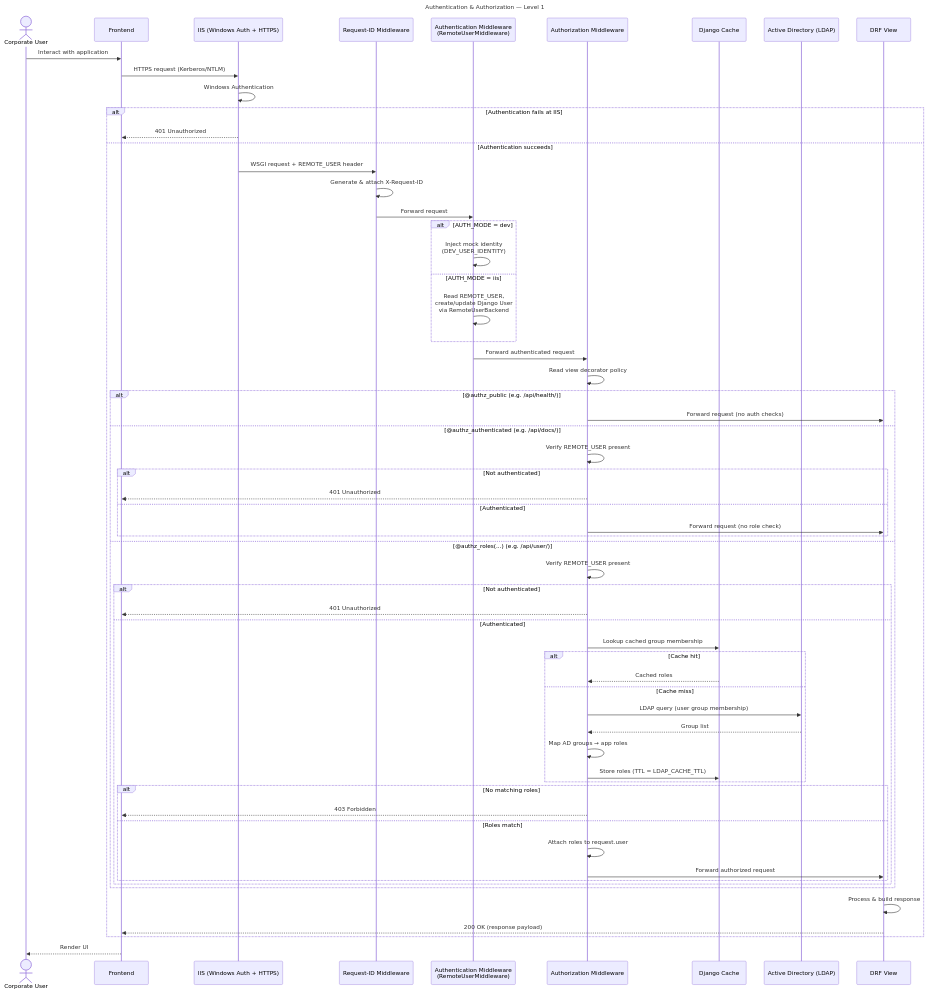
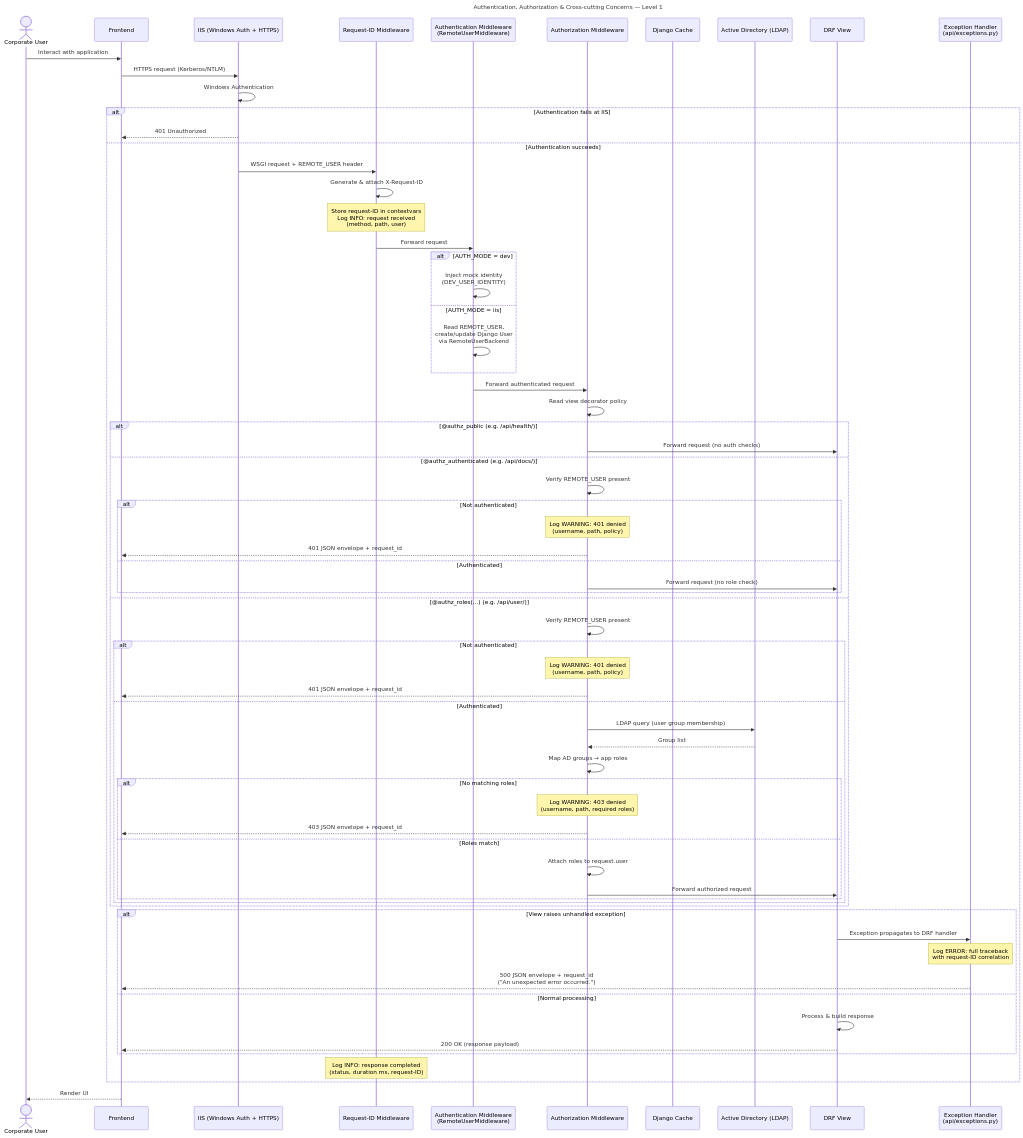
Before and after one commit to LewisCM14/django_auth: the fourth of 4 diagrams in docs/spec.md, drawn with Mermaid. The commit also changed other lines of this file and 6 other files, not shown here.

Commit message:
remove ldap cache, plan logging exception/error and cache setup

````diff
--- a/docs/spec.md
+++ b/docs/spec.md
@@ -159,73 +180,80 @@
 ```mermaid
 ---
-title: Authentication & Authorization — Level 1
+title: Authentication, Authorization & Cross-cutting Concerns — Level 1
 ---
 sequenceDiagram
     actor User as Corporate User
     participant FE as Frontend
     participant IIS as IIS (Windows Auth + HTTPS)
     participant RID as Request-ID Middleware
     participant AuthN as Authentication Middleware<br/>(RemoteUserMiddleware)
     participant AuthZ as Authorization Middleware
     participant Cache as Django Cache
     participant AD as Active Directory (LDAP)
     participant View as DRF View
+    participant EH as Exception Handler<br/>(api/exceptions.py)
 
     User->>FE: Interact with application
     FE->>IIS: HTTPS request (Kerberos/NTLM)
     IIS->>IIS: Windows Authentication
     alt Authentication fails at IIS
         IIS-->>FE: 401 Unauthorized
     else Authentication succeeds
         IIS->>RID: WSGI request + REMOTE_USER header
         RID->>RID: Generate & attach X-Request-ID
+        Note over RID: Store request-ID in contextvars<br/>Log INFO: request received<br/>(method, path, user)
         RID->>AuthN: Forward request
 
         alt AUTH_MODE = dev
             AuthN->>AuthN: Inject mock identity<br/>(DEV_USER_IDENTITY)
         else AUTH_MODE = iis
             AuthN->>AuthN: Read REMOTE_USER,<br/>create/update Django User<br/>via RemoteUserBackend
         end
 
         AuthN->>AuthZ: Forward authenticated request
 
         AuthZ->>AuthZ: Read view decorator policy
 
         alt @authz_public (e.g. /api/health/)
             AuthZ->>View: Forward request (no auth checks)
         else @authz_authenticated (e.g. /api/docs/)
             AuthZ->>AuthZ: Verify REMOTE_USER present
             alt Not authenticated
-                AuthZ-->>FE: 401 Unauthorized
+                Note over AuthZ: Log WARNING: 401 denied<br/>(username, path, policy)
+                AuthZ-->>FE: 401 JSON envelope + request_id
             else Authenticated
                 AuthZ->>View: Forward request (no role check)
             end
         else @authz_roles(...) (e.g. /api/user/)
             AuthZ->>AuthZ: Verify REMOTE_USER present
             alt Not authenticated
-                AuthZ-->>FE: 401 Unauthorized
+                Note over AuthZ: Log WARNING: 401 denied<br/>(username, path, policy)
+                AuthZ-->>FE: 401 JSON envelope + request_id
             else Authenticated
-                AuthZ->>Cache: Lookup cached group membership
-                alt Cache hit
-                    Cache-->>AuthZ: Cached roles
-                else Cache miss
-                    AuthZ->>AD: LDAP query (user group membership)
-                    AD-->>AuthZ: Group list
-                    AuthZ->>AuthZ: Map AD groups → app roles
-                    AuthZ->>Cache: Store roles (TTL = LDAP_CACHE_TTL)
-                end
+                AuthZ->>AD: LDAP query (user group membership)
+                AD-->>AuthZ: Group list
+                AuthZ->>AuthZ: Map AD groups → app roles
 
                 alt No matching roles
-                    AuthZ-->>FE: 403 Forbidden
+                    Note over AuthZ: Log WARNING: 403 denied<br/>(username, path, required roles)
+                    AuthZ-->>FE: 403 JSON envelope + request_id
                 else Roles match
                     AuthZ->>AuthZ: Attach roles to request.user
                     AuthZ->>View: Forward authorized request
                 end
             end
         end
 
-        View->>View: Process & build response
-        View-->>FE: 200 OK (response payload)
+        alt View raises unhandled exception
+            View->>EH: Exception propagates to DRF handler
+            Note over EH: Log ERROR: full traceback<br/>with request-ID correlation
+            EH-->>FE: 500 JSON envelope + request_id<br/>("An unexpected error occurred.")
+        else Normal processing
+            View->>View: Process & build response
+            View-->>FE: 200 OK (response payload)
+        end
+
+        Note over RID: Log INFO: response completed<br/>(status, duration ms, request-ID)
     end
     FE-->>User: Render UI
 ```
````
